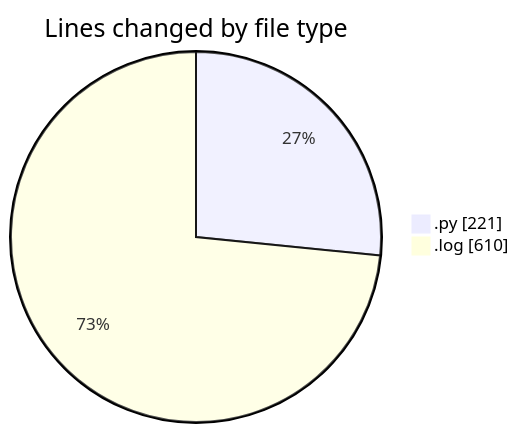
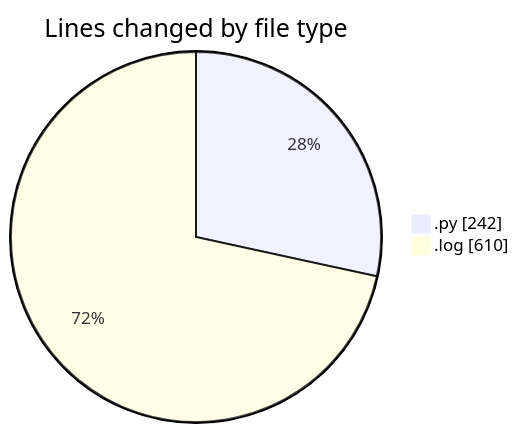
One commit to momahboobian/code-tracking changed the first of 2 diagrams in 2025-05-07/samplepdf/README.md. Above: the diagram before and after it, drawn with Mermaid. The commit also changed other lines of this file and 1 other file, not shown here.

````diff
--- a/2025-05-07/samplepdf/README.md
+++ b/2025-05-07/samplepdf/README.md
@@ -25,6 +26,6 @@
 ```mermaid
 pie showData
 title Lines changed by file type
-".py" : 221
+".py" : 242
 ".log" : 610
 ```
````
